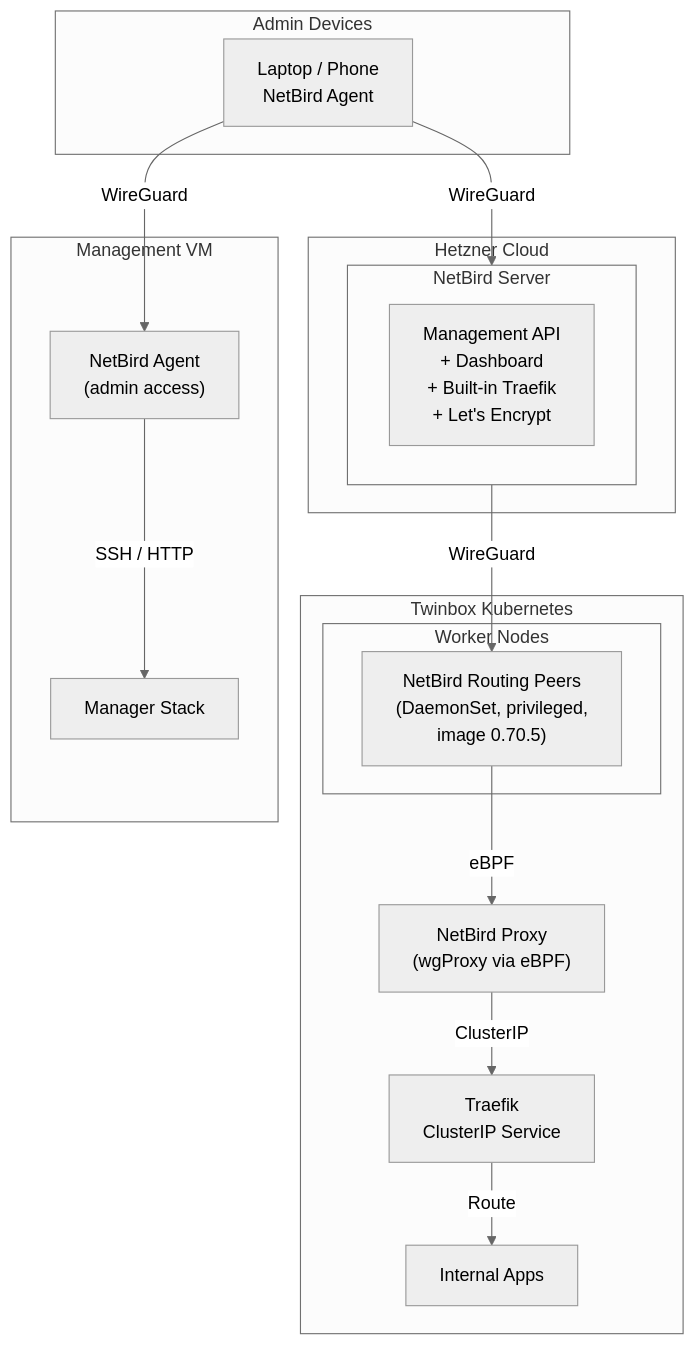
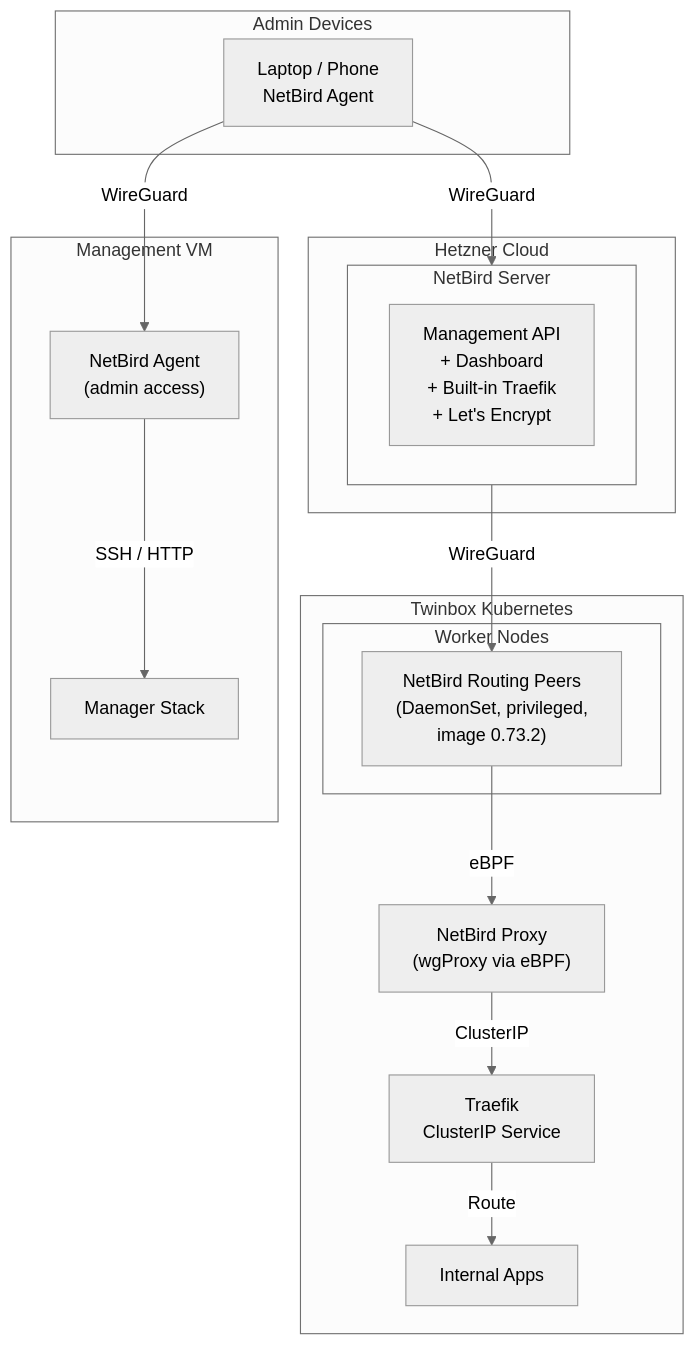
Before and after one commit to harrywesterman/Twinbox: the sixth of 8 diagrams in docs/architecture.md, drawn with Mermaid (neutral theme). The commit also changed other lines of this file and 8 other files, not shown here.

````diff
--- a/docs/architecture.md
+++ b/docs/architecture.md
@@ -449,35 +449,35 @@
 ```mermaid
 graph TB
     subgraph Hetzner["Hetzner Cloud"]
         subgraph NBServer["NetBird Server"]
             Server["Management API<br/>+ Dashboard<br/>+ Built-in Traefik<br/>+ Let's Encrypt"]
         end
     end
 
     subgraph AdminDevices["Admin Devices"]
         Admin1["Laptop / Phone<br/>NetBird Agent"]
     end
 
     subgraph TwinboxCluster["Twinbox Kubernetes"]
         subgraph K8sWorkers["Worker Nodes"]
-            NBRP["NetBird Routing Peers<br/>(DaemonSet, privileged,<br/>image 0.70.5)"]
+            NBRP["NetBird Routing Peers<br/>(DaemonSet, privileged,<br/>image 0.73.2)"]
         end
         Traefik["Traefik<br/>ClusterIP Service"]
         Proxy["NetBird Proxy<br/>(wgProxy via eBPF)"]
         Apps["Internal Apps"]
     end
 
     subgraph ManagementVM["Management VM"]
         NBAgent["NetBird Agent<br/>(admin access)"]
         Manager["Manager Stack"]
     end
 
     Admin1 -->|"WireGuard"| NBServer
     NBServer -->|"WireGuard"| NBRP
     NBRP -->|"eBPF"| Proxy
     Proxy -->|"ClusterIP"| Traefik
     Traefik -->|"Route"| Apps
 
     Admin1 -->|"WireGuard"| NBAgent
     NBAgent -->|"SSH / HTTP"| Manager
 ```
````
